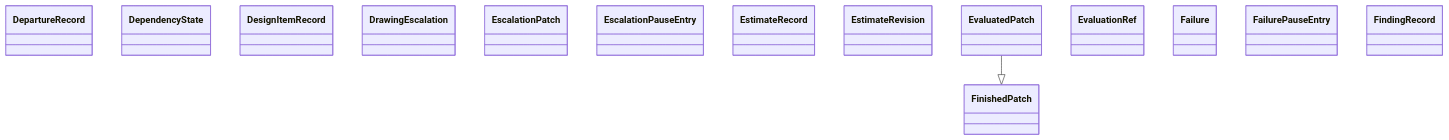
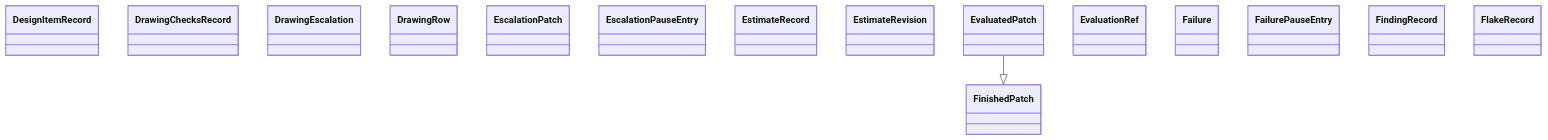
Before and after one commit to GonzaloZevallos/agentic-system: the diagram in docs/architecture/generated/classes-process-domain-state-5.md, drawn with Mermaid. The commit also changed 20 other files, not shown here.

Commit message:
Regenerate the architecture docs after merging master

````diff
--- a/docs/architecture/generated/classes-process-domain-state-5.md
+++ b/docs/architecture/generated/classes-process-domain-state-5.md
@@ -30,18 +30,19 @@
 ```mermaid
 classDiagram
-    class task__DepartureRecord["DepartureRecord"]
-    class task__DependencyState["DependencyState"]
     class task__DesignItemRecord["DesignItemRecord"]
+    class task__DrawingChecksRecord["DrawingChecksRecord"]
     class task__DrawingEscalation["DrawingEscalation"]
+    class task__DrawingRow["DrawingRow"]
     class task__EscalationPatch["EscalationPatch"]
     class task__EscalationPauseEntry["EscalationPauseEntry"]
     class task__EstimateRecord["EstimateRecord"]
     class task__EstimateRevision["EstimateRevision"]
     class task__EvaluatedPatch["EvaluatedPatch"]
     class task__EvaluationRef["EvaluationRef"]
     class task__Failure["Failure"]
     class task__FailurePauseEntry["FailurePauseEntry"]
     class task__FindingRecord["FindingRecord"]
     class task__FinishedPatch["FinishedPatch"]
+    class task__FlakeRecord["FlakeRecord"]
     task__EvaluatedPatch --|> task__FinishedPatch
 ```
````
